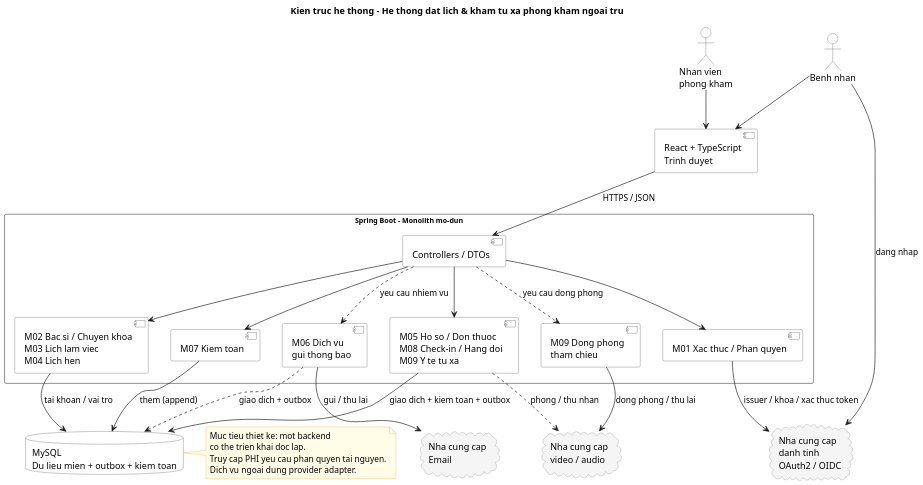
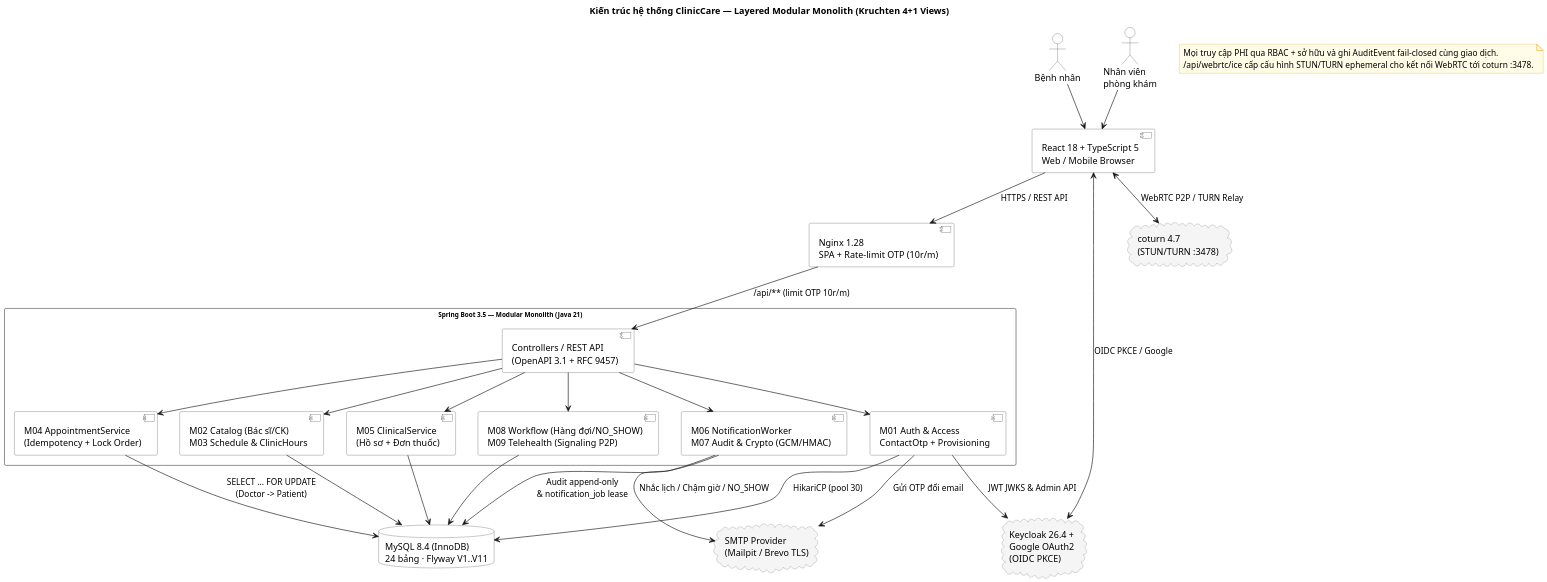
One commit to Samie32/SE-project changed the diagram in docs/design/architecture/system-architecture.puml. Above: the diagram before and after it, drawn with PlantUML. The commit also changed 56 other files, not shown here.

Commit message:
Dong bo 34 so do UML/ERD va tai lieu thiet ke theo V1-V11 va 27 UC

```diff
--- a/docs/design/architecture/system-architecture.puml
+++ b/docs/design/architecture/system-architecture.puml
@@ -1,84 +1,81 @@
 @startuml system-architecture
 skinparam rectangle {
   BackgroundColor White
   BorderColor #555
   FontName Arial
-  FontSize 11
+  FontSize 10
 }
 skinparam component {
   BackgroundColor White
   BorderColor #555
 }
 skinparam actor {
   BackgroundColor White
   BorderColor #555
 }
 skinparam noteBackgroundColor #FFFDE7
 skinparam noteBorderColor #F9A825
 skinparam cloud {
   BackgroundColor #F5F5F5
   BorderColor #888
 }
 skinparam database {
   BackgroundColor White
   BorderColor #555
 }
 skinparam shadowing false
 skinparam dpi 150
-title Kien truc he thong - He thong dat lich & kham tu xa phong kham ngoai tru
+title Kiến trúc hệ thống ClinicCare — Layered Modular Monolith (Kruchten 4+1 Views)
 
-actor "Benh nhan" as Patient
-actor "Nhan vien\nphong kham" as Staff
+actor "Bệnh nhân" as Patient
+actor "Nhân viên\nphòng khám" as Staff
 
-component "React + TypeScript\nTrinh duyet" as Browser
+component "React 18 + TypeScript 5\nWeb / Mobile Browser" as Browser
+component "Nginx 1.28\nSPA + Rate-limit OTP (10r/m)" as Nginx
 
-rectangle "Spring Boot - Monolith mo-dun" as Backend {
-  component "M06 Dich vu\ngui thong bao" as M06
-  component "M09 Dong phong\ntham chieu" as M09worker
-
-  component "M05 Ho so / Don thuoc\nM08 Check-in / Hang doi\nM09 Y te tu xa" as M05
-  component "M07 Kiem toan" as M07
-
-  component "Controllers / DTOs" as Controllers
-
-  component "M02 Bac si / Chuyen khoa\nM03 Lich lam viec\nM04 Lich hen" as M02
-  component "M01 Xac thuc / Phan quyen" as M01
+rectangle "Spring Boot 3.5 — Modular Monolith (Java 21)" as Backend {
+  component "Controllers / REST API\n(OpenAPI 3.1 + RFC 9457)" as Controllers
+  component "M01 Auth & Access\nContactOtp + Provisioning" as M01
+  component "M02 Catalog (Bác sĩ/CK)\nM03 Schedule & ClinicHours" as M023
+  component "M04 AppointmentService\n(Idempotency + Lock Order)" as M04
+  component "M05 ClinicalService\n(Hồ sơ + Đơn thuốc)" as M05
+  component "M08 Workflow (Hàng đợi/NO_SHOW)\nM09 Telehealth (Signaling P2P)" as M089
+  component "M06 NotificationWorker\nM07 Audit & Crypto (GCM/HMAC)" as M067
 }
 
-cloud "Nha cung cap\nEmail" as EmailSMS
-cloud "Nha cung cap\nvideo / audio" as VideoAudio
-cloud "Nha cung cap\ndanh tinh\nOAuth2 / OIDC" as IdP
-
-database "MySQL\nDu lieu mien + outbox + kiem toan" as MySQL
+cloud "Keycloak 26.4 +\nGoogle OAuth2\n(OIDC PKCE)" as IdP
+cloud "SMTP Provider\n(Mailpit / Brevo TLS)" as EmailSvc
+cloud "coturn 4.7\n(STUN/TURN :3478)" as TurnSvc
+database "MySQL 8.4 (InnoDB)\n24 bảng · Flyway V1..V11" as MySQL
 
 Patient --> Browser
 Staff --> Browser
+Browser --> Nginx : HTTPS / REST API
+Browser <--> IdP : OIDC PKCE / Google
+Browser <--> TurnSvc : WebRTC P2P / TURN Relay
 
-Browser --> Controllers : HTTPS / JSON
-Patient --> IdP : dang nhap
+Nginx --> Controllers : /api/** (limit OTP 10r/m)
+Controllers --> M01
+Controllers --> M023
+Controllers --> M04
+Controllers --> M05
+Controllers --> M089
+Controllers --> M067
 
-M06 --> EmailSMS : gui / thu lai
-M09worker --> VideoAudio : dong phong / thu lai
-M05 --> MySQL : giao dich + kiem toan + outbox
-M07 --> MySQL : them (append)
-M02 --> MySQL : tai khoan / vai tro
-M01 --> IdP : issuer / khoa / xac thuc token
+M01 --> IdP : JWT JWKS & Admin API
+M01 --> EmailSvc : Gửi OTP đổi email
+M067 --> EmailSvc : Nhắc lịch / Chậm giờ / NO_SHOW
 
-Controllers --> M05
-Controllers --> M07
-Controllers --> M02
-Controllers --> M01
-Controllers ..> M06 : yeu cau nhiem vu
-Controllers ..> M09worker : yeu cau dong phong
+M01 --> MySQL : HikariCP (pool 30)
+M023 --> MySQL
+M04 --> MySQL : SELECT ... FOR UPDATE\n(Doctor -> Patient)
+M05 --> MySQL
+M089 --> MySQL
+M067 --> MySQL : Audit append-only\n& notification_job lease
 
-M05 ..> VideoAudio : phong / thu nhan
-M06 ..> MySQL : giao dich + outbox
-
-note right of MySQL
-  Muc tieu thiet ke: mot backend
-  co the trien khai doc lap.
-  Truy cap PHI yeu cau phan quyen tai nguyen.
-  Dich vu ngoai dung provider adapter.
+note as N1
+  Mọi truy cập PHI qua RBAC + sở hữu và ghi AuditEvent fail-closed cùng giao dịch.
+  /api/webrtc/ice cấp cấu hình STUN/TURN ephemeral cho kết nối WebRTC tới coturn :3478.
 end note
 
 @enduml
```
